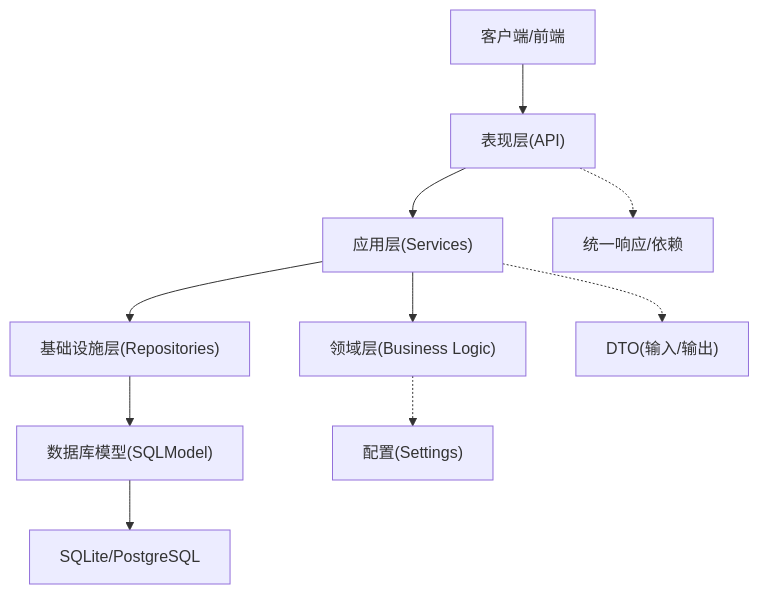
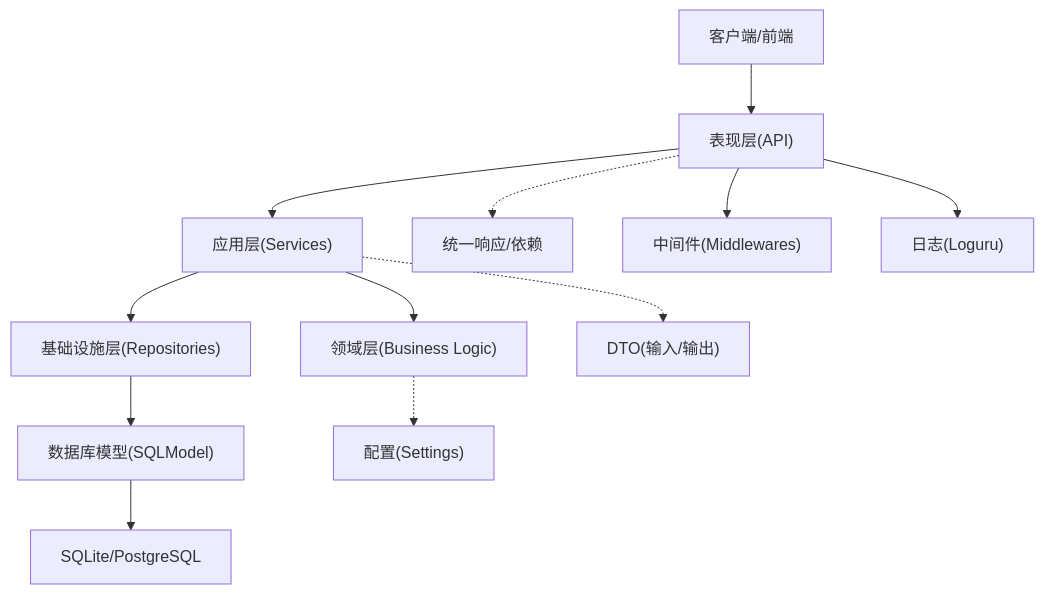
Before and after one commit to taoweidong/Hello-FastApi: the second of 7 diagrams in .qoder/repowiki/zh/content/后端架构设计/DDD 分层架构详解/DDD 分层架构详解.md, drawn with Mermaid. The commit also changed other lines of this file and 24 other files, not shown here.

````diff
--- a/.qoder/repowiki/zh/content/后端架构设计/DDD 分层架构详解/DDD 分层架构详解.md
+++ b/.qoder/repowiki/zh/content/后端架构设计/DDD 分层架构详解/DDD 分层架构详解.md
@@ -115,12 +172,14 @@
 ```mermaid
 graph TB
 Client["客户端/前端"] --> API["表现层(API)"]
 API --> AppSvc["应用层(Services)"]
 AppSvc --> Domain["领域层(Business Logic)"]
 AppSvc --> InfraRepo["基础设施层(Repositories)"]
 InfraRepo --> DB["数据库模型(SQLModel)"]
 DB --> Storage["SQLite/PostgreSQL"]
 API -.-> Common["统一响应/依赖"]
 AppSvc -.-> DTO["DTO(输入/输出)"]
 Domain -.-> Settings["配置(Settings)"]
+API --> Middlewares["中间件(Middlewares)"]
+API --> Logger["日志(Loguru)"]
 ```
````
